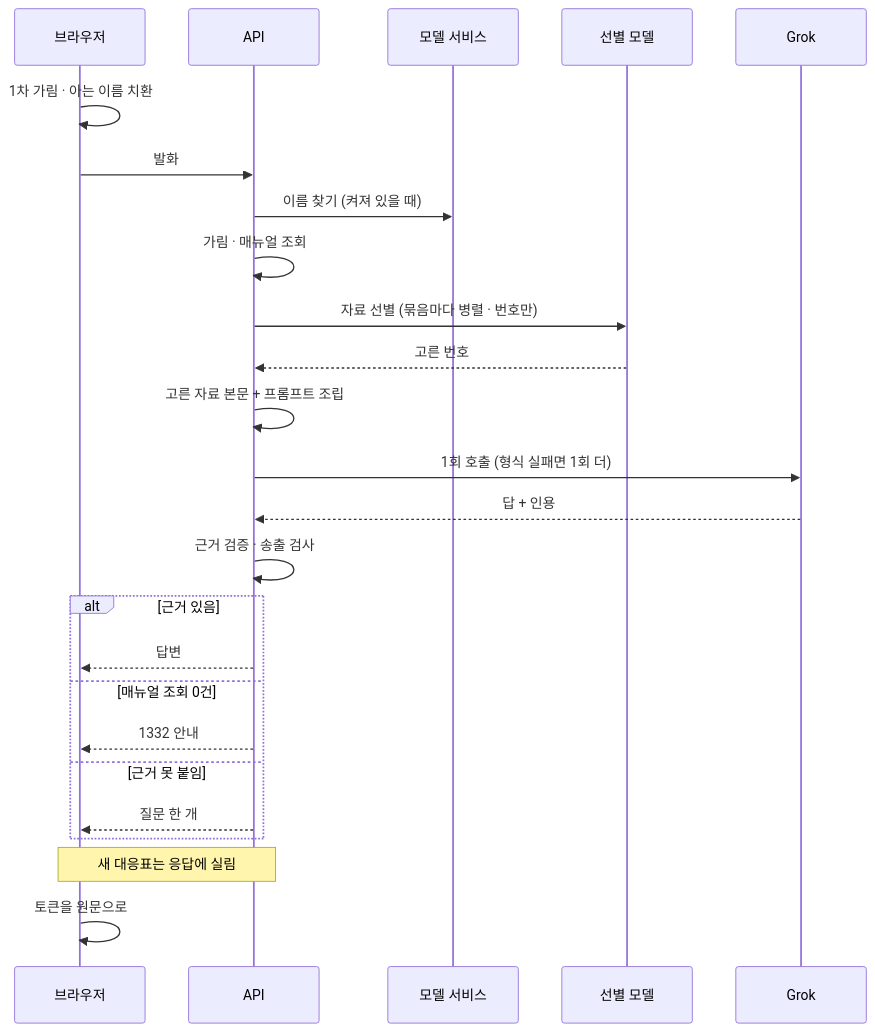
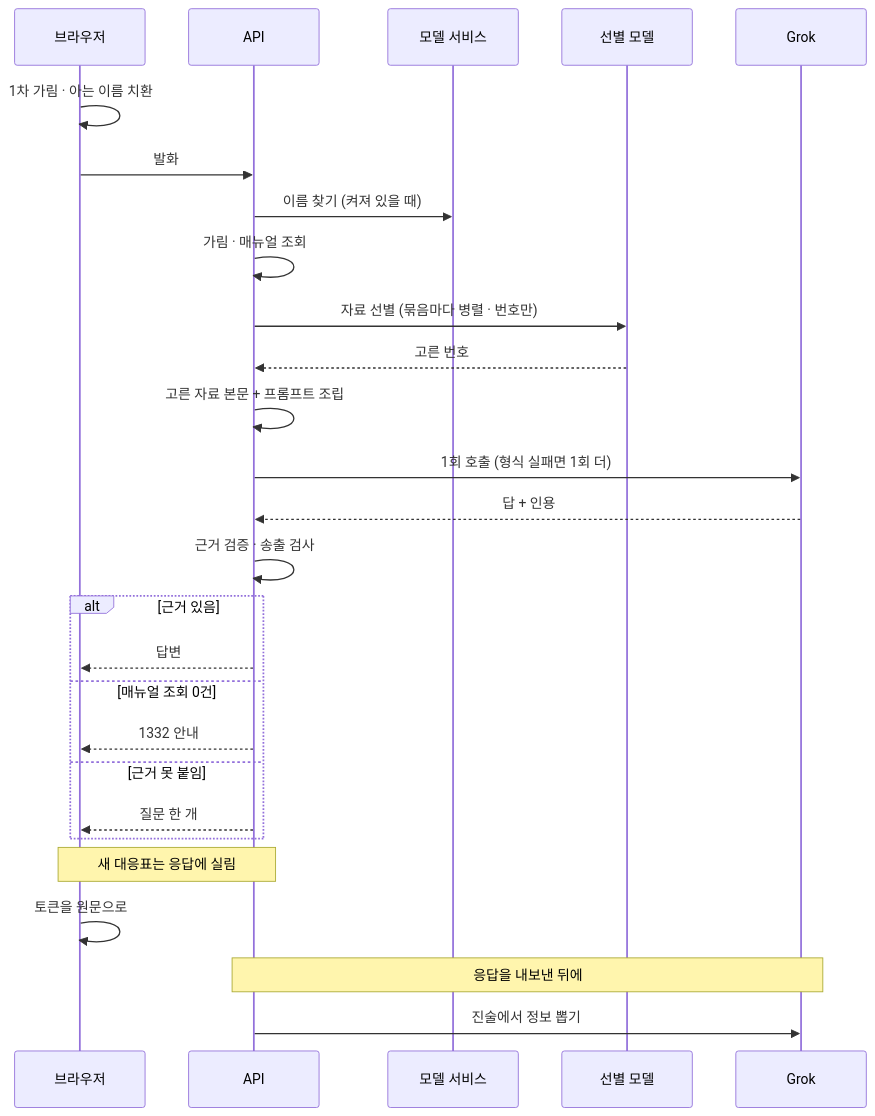
One commit to Dojaegyum/fsec-ai-challenge changed the tenth of 10 diagrams in ARCHITECTURE.md. Above: the diagram before and after it, drawn with Mermaid. The commit also changed other lines of this file, not shown here.

First line of the commit message:
ARCHITECTURE.md 를 09-06 저녁 main 에 맞춘다 — 선별 모델 이름 · 속도 제한 표 · 마이그레이션 0011 · 응답 뒤에 도는 일 · 접수번호 판정 · 감사 chat.selected

````diff
--- a/ARCHITECTURE.md
+++ b/ARCHITECTURE.md
@@ -393,29 +397,31 @@
 ```mermaid
 sequenceDiagram
     participant B as 브라우저
     participant A as API
     participant M as 모델 서비스
     participant F as 선별 모델
     participant G as Grok
 
     B->>B: 1차 가림 · 아는 이름 치환
     B->>A: 발화
     A->>M: 이름 찾기 (켜져 있을 때)
     A->>A: 가림 · 매뉴얼 조회
     A->>F: 자료 선별 (묶음마다 병렬 · 번호만)
     F-->>A: 고른 번호
     A->>A: 고른 자료 본문 + 프롬프트 조립
     A->>G: 1회 호출 (형식 실패면 1회 더)
     G-->>A: 답 + 인용
     A->>A: 근거 검증 · 송출 검사
 
     alt 근거 있음
         A-->>B: 답변
     else 매뉴얼 조회 0건
         A-->>B: 1332 안내
     else 근거 못 붙임
         A-->>B: 질문 한 개
     end
     Note over B,A: 새 대응표는 응답에 실림
     B->>B: 토큰을 원문으로
+    Note over A,G: 응답을 내보낸 뒤에
+    A->>G: 진술에서 정보 뽑기
 ```
````
